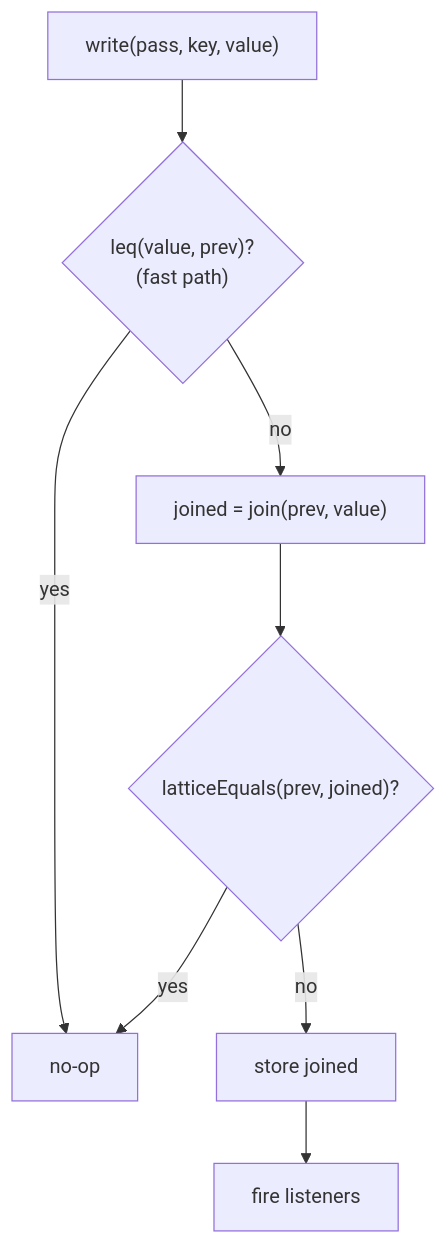
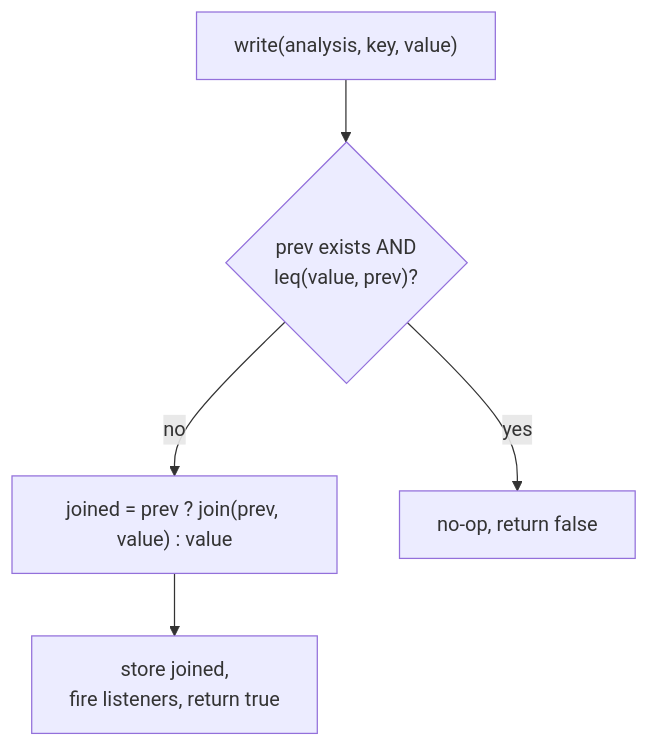
Diagram 12 of 14 in docs/dfa-framework-tutorial.md (loyaltypollution/py-slang), drawn with Mermaid before and after one commit. The commit also changed other lines of this file and 49 other files, not shown here.

````diff
--- a/docs/dfa-framework-tutorial.md
+++ b/docs/dfa-framework-tutorial.md
@@ -503,15 +621,11 @@
 ```mermaid
 flowchart TD
-    w["write(pass, key, value)"]
-    leq{"leq(value, prev)?<br/>(fast path)"}
-    join["joined = join(prev, value)"]
-    eq{"latticeEquals(prev, joined)?"}
-    noop["no-op"]
-    store["store joined"]
-    fire["fire listeners"]
+    w["write(analysis, key, value)"]
+    leq{"prev exists AND<br/>leq(value, prev)?"}
+    join["joined = prev ? join(prev, value) : value"]
+    noop["no-op, return false"]
+    store["store joined,<br/>fire listeners, return true"]
     w --> leq
     leq -- yes --> noop
-    leq -- no --> join --> eq
-    eq -- yes --> noop
-    eq -- no --> store --> fire
+    leq -- no --> join --> store
 ```
````
